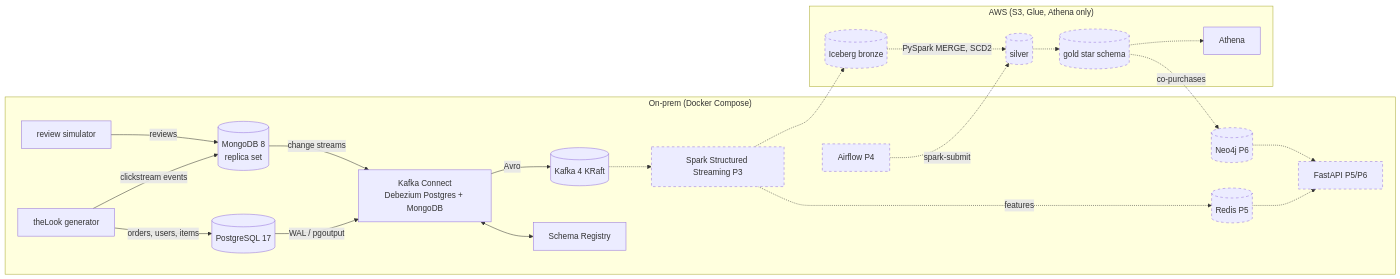
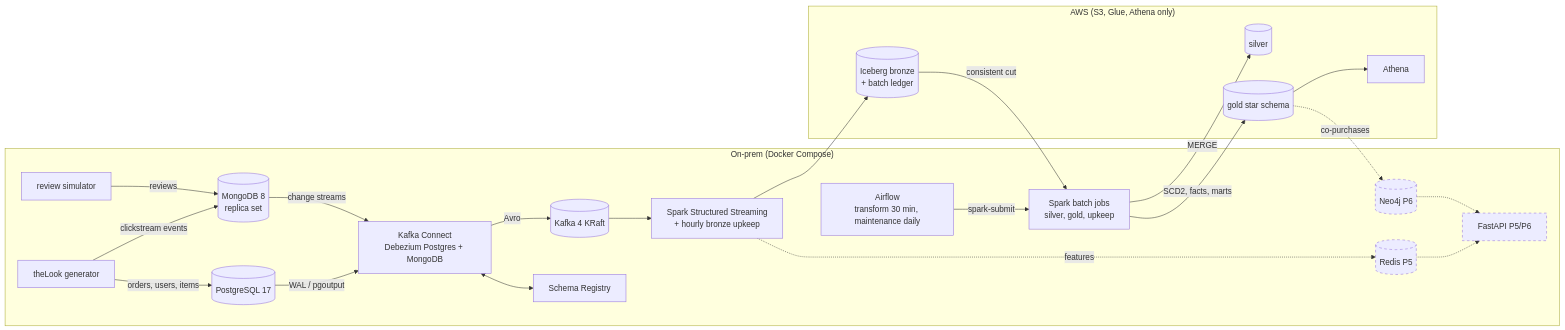
Before and after one commit to SouhailBourhim/TheLook_CDC_LakeHouse: the diagram in README.md, drawn with Mermaid. The commit also changed other lines of this file and 3 other files, not shown here.

````diff
--- a/README.md
+++ b/README.md
@@ -19,33 +19,35 @@
 ```mermaid
 flowchart LR
   subgraph onprem["On-prem (Docker Compose)"]
     gen[theLook generator] -->|orders, users, items| pg[(PostgreSQL 17)]
     gen -->|clickstream events| mongo[(MongoDB 8<br/>replica set)]
     rev[review simulator] -->|reviews| mongo
     pg -->|WAL / pgoutput| connect[Kafka Connect<br/>Debezium Postgres + MongoDB]
     mongo -->|change streams| connect
     connect -->|Avro| kafka[(Kafka 4 KRaft)]
     connect <--> sr[Schema Registry]
-    spark[Spark Structured Streaming P3]:::planned
+    spark[Spark Structured Streaming<br/>+ hourly bronze upkeep]
+    batch[Spark batch jobs<br/>silver, gold, upkeep]
+    airflow[Airflow<br/>transform 30 min, maintenance daily] -->|spark-submit| batch
     redis[(Redis P5)]:::planned
     neo[(Neo4j P6)]:::planned
     api[FastAPI P5/P6]:::planned
-    airflow[Airflow P4]:::planned
-    kafka -.-> spark
+    kafka --> spark
     spark -.->|features| redis
     redis -.-> api
     neo -.-> api
   end
   subgraph aws["AWS (S3, Glue, Athena only)"]
-    bronze[(Iceberg bronze)]:::planned
-    silver[(silver)]:::planned
-    gold[(gold star schema)]:::planned
+    bronze[(Iceberg bronze<br/>+ batch ledger)]
+    silver[(silver)]
+    gold[(gold star schema)]
     athena[Athena]
   end
-  spark -.-> bronze
-  bronze -.->|PySpark MERGE, SCD2| silver -.-> gold
-  airflow -.->|spark-submit| silver
-  gold -.-> athena
+  spark --> bronze
+  bronze -->|consistent cut| batch
+  batch -->|MERGE| silver
+  batch -->|SCD2, facts, marts| gold
+  gold --> athena
   gold -.->|co-purchases| neo
   classDef planned stroke-dasharray: 5 5
 ```
````
